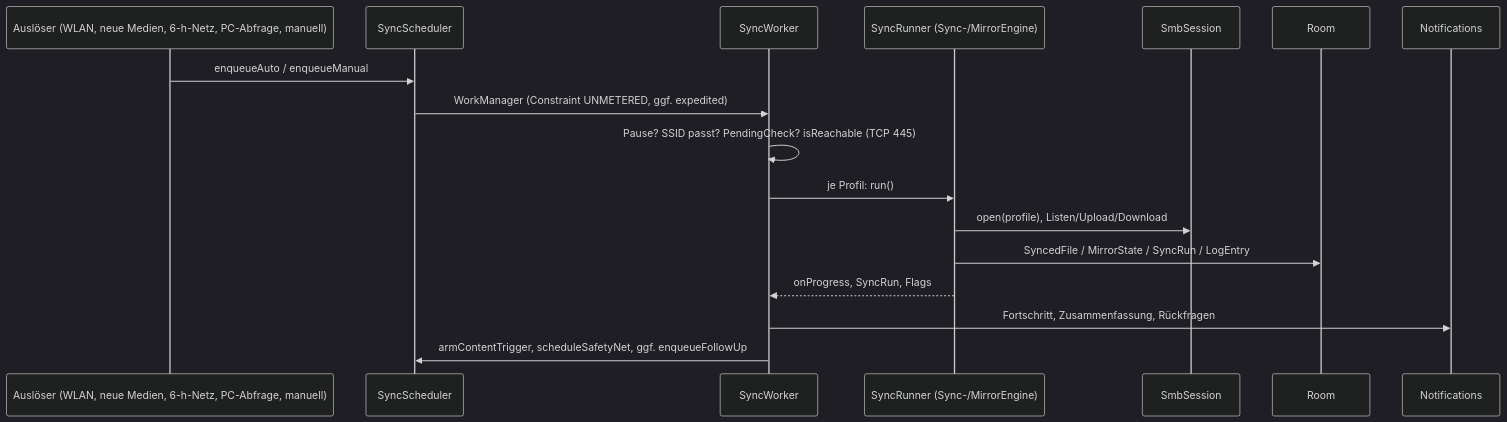
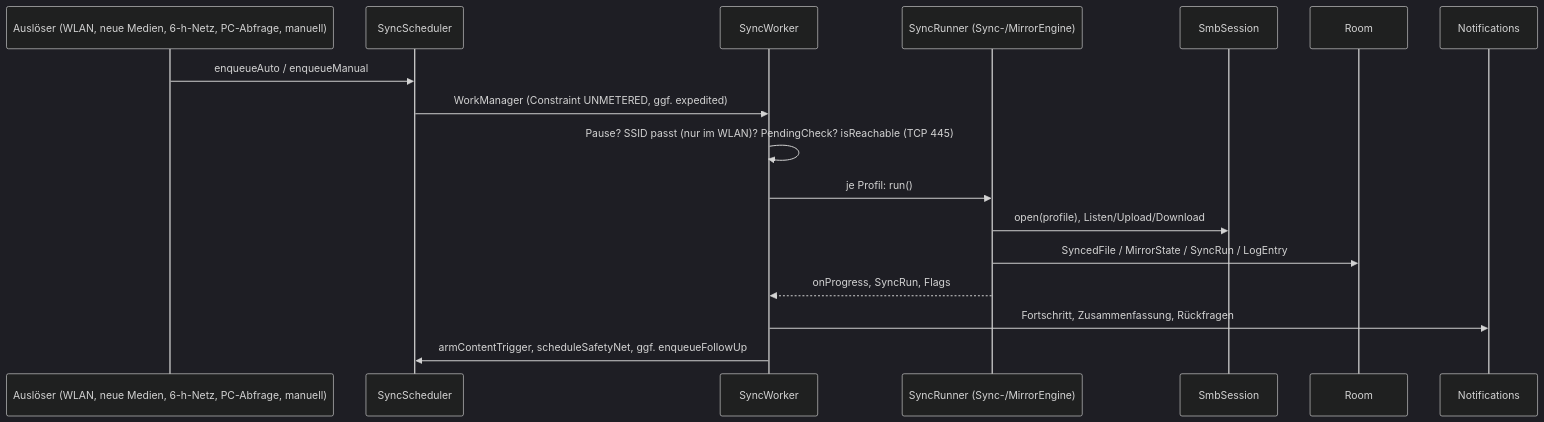
One commit to Apop85/Sync2PC changed the second of 2 diagrams in docs/ARCHITECTURE.md. Above: the diagram before and after it, drawn with Mermaid (dark theme). The commit also changed other lines of this file and 7 other files, not shown here.

````diff
--- a/docs/ARCHITECTURE.md
+++ b/docs/ARCHITECTURE.md
@@ -358,20 +358,20 @@
 ```mermaid
 sequenceDiagram
     participant T as Auslöser (WLAN, neue Medien, 6-h-Netz, PC-Abfrage, manuell)
     participant S as SyncScheduler
     participant W as SyncWorker
     participant E as SyncRunner (Sync-/MirrorEngine)
     participant P as SmbSession
     participant D as Room
     participant N as Notifications
 
     T->>S: enqueueAuto / enqueueManual
     S->>W: WorkManager (Constraint UNMETERED, ggf. expedited)
-    W->>W: Pause? SSID passt? PendingCheck? isReachable (TCP 445)
+    W->>W: Pause? SSID passt (nur im WLAN)? PendingCheck? isReachable (TCP 445)
     W->>E: je Profil: run()
     E->>P: open(profile), Listen/Upload/Download
     E->>D: SyncedFile / MirrorState / SyncRun / LogEntry
     E-->>W: onProgress, SyncRun, Flags
     W->>N: Fortschritt, Zusammenfassung, Rückfragen
     W->>S: armContentTrigger, scheduleSafetyNet, ggf. enqueueFollowUp
 ```
````
